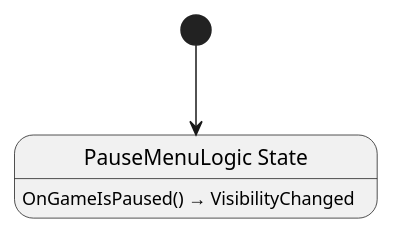
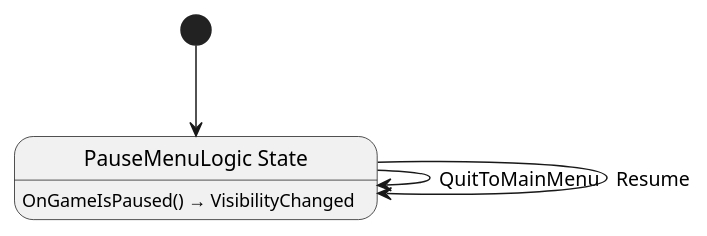
One commit to Nilsiker/Adventure changed the diagram in src/pause_menu/PauseMenu.g.puml. Above: the diagram before and after it, drawn with PlantUML. The commit also changed 17 other files, not shown here.

Commit message:
implement naive "back to main menu" from pause

```diff
--- a/src/pause_menu/PauseMenu.g.puml
+++ b/src/pause_menu/PauseMenu.g.puml
@@ -1,6 +1,10 @@
 @startuml PauseMenuLogic
-state "PauseMenuLogic State" as PauseMenuLogic_State
-PauseMenuLogic_State : OnGameIsPaused() → VisibilityChanged
+state "PauseMenuLogic State" as Shellguard_UI_PauseMenuLogic_State
 
-[*] --> PauseMenuLogic_State
+Shellguard_UI_PauseMenuLogic_State --> Shellguard_UI_PauseMenuLogic_State : QuitToMainMenu
+Shellguard_UI_PauseMenuLogic_State --> Shellguard_UI_PauseMenuLogic_State : Resume
+
+Shellguard_UI_PauseMenuLogic_State : OnGameIsPaused() → VisibilityChanged
+
+[*] --> Shellguard_UI_PauseMenuLogic_State
 @enduml
```
